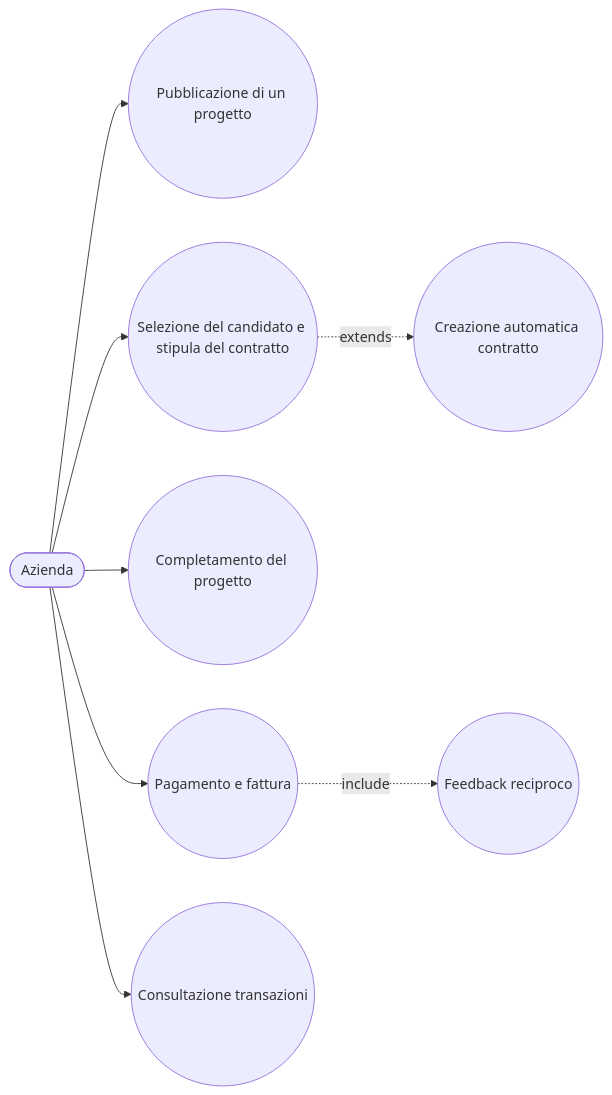
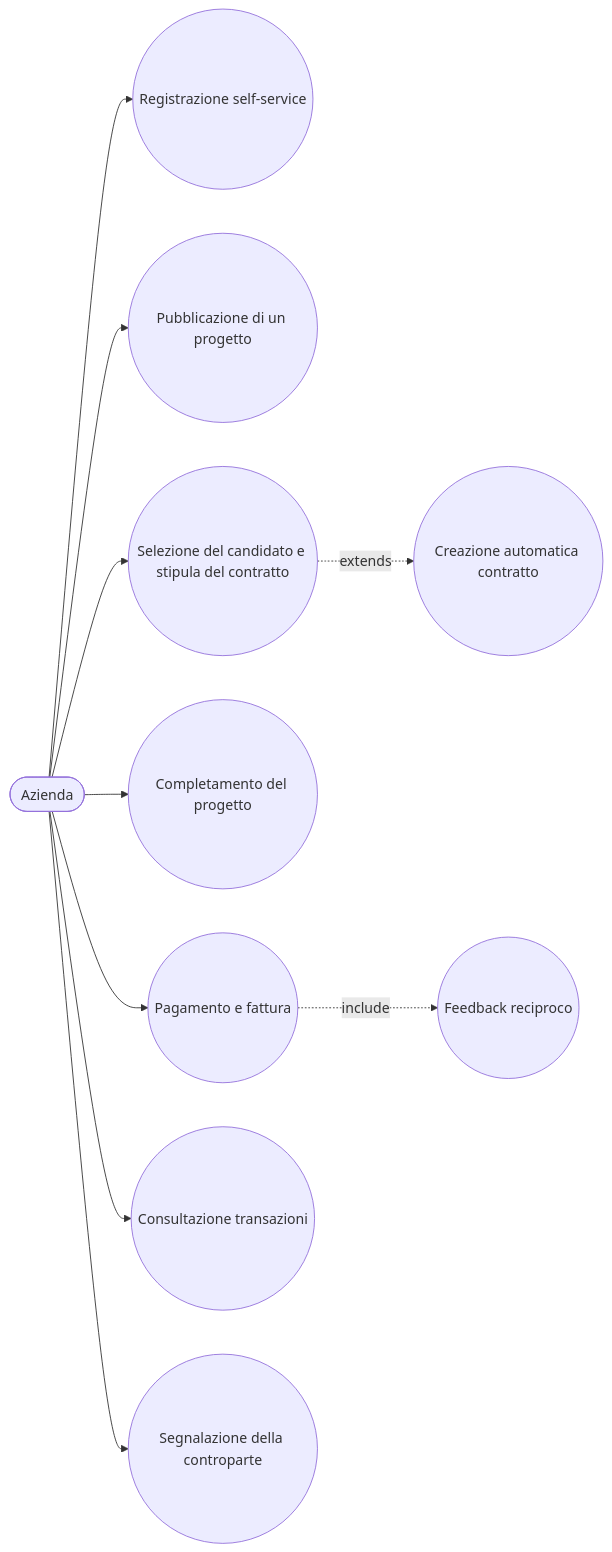
Before and after one commit to aandrioli62/skillmatch-2026: the diagram in docs/use-cases/company-use-cases.md, drawn with Mermaid. The commit also changed other lines of this file and 79 other files, not shown here.

````diff
--- a/docs/use-cases/company-use-cases.md
+++ b/docs/use-cases/company-use-cases.md
@@ -5,20 +5,24 @@
 ```mermaid
 flowchart LR
     Az(["Azienda"])
+    UC0((Registrazione self-service))
     UC1((Pubblicazione di un progetto))
     UC2((Selezione del candidato e stipula del contratto))
     UC3((Completamento del progetto))
     UC4((Pagamento e fattura))
     UC5((Consultazione transazioni))
+    UC6((Segnalazione della controparte))
     UCContratto((Creazione automatica contratto))
     UCFeedback((Feedback reciproco))
 
+    Az --> UC0
     Az --> UC1
     Az --> UC2
     Az --> UC3
     Az --> UC4
     Az --> UC5
+    Az --> UC6
 
     UC2 -.extends.-> UCContratto
     UC4 -.include.-> UCFeedback
 ```
````
